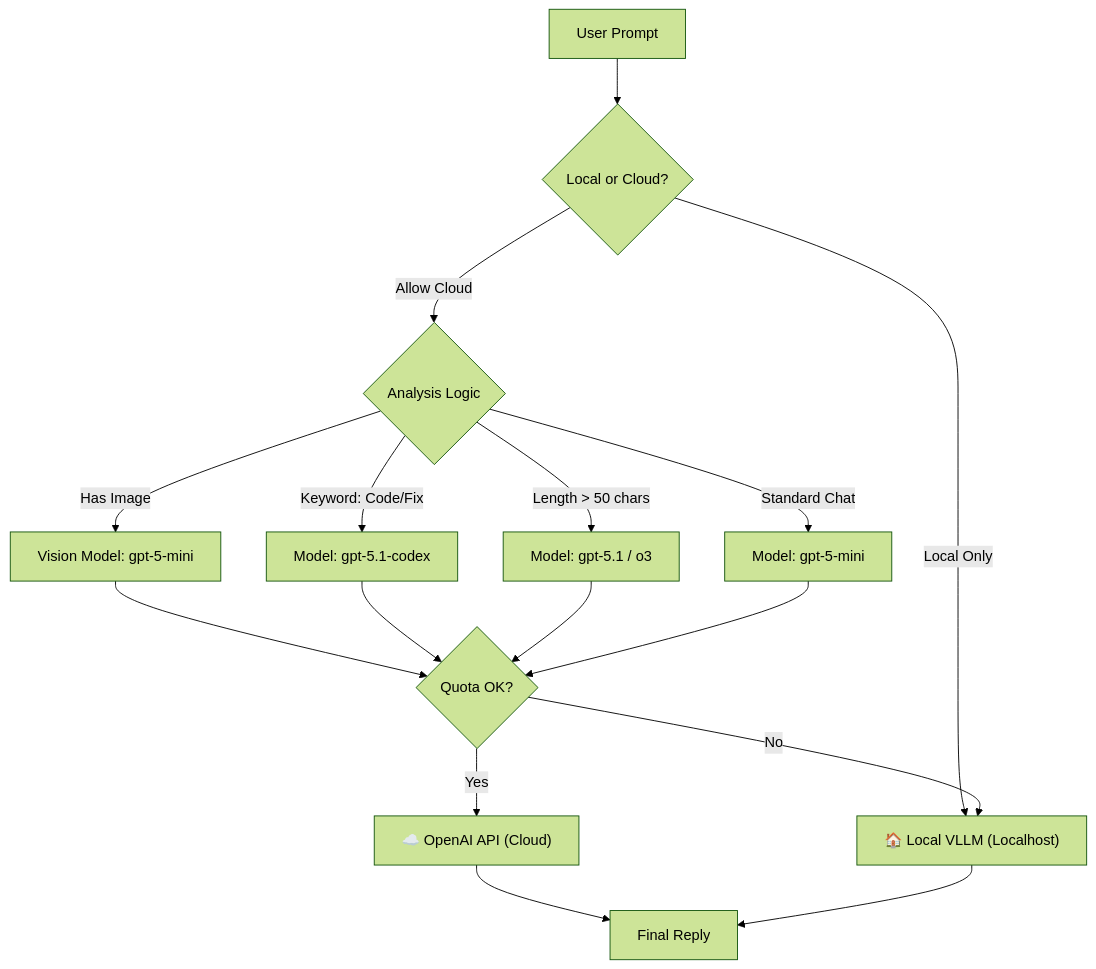
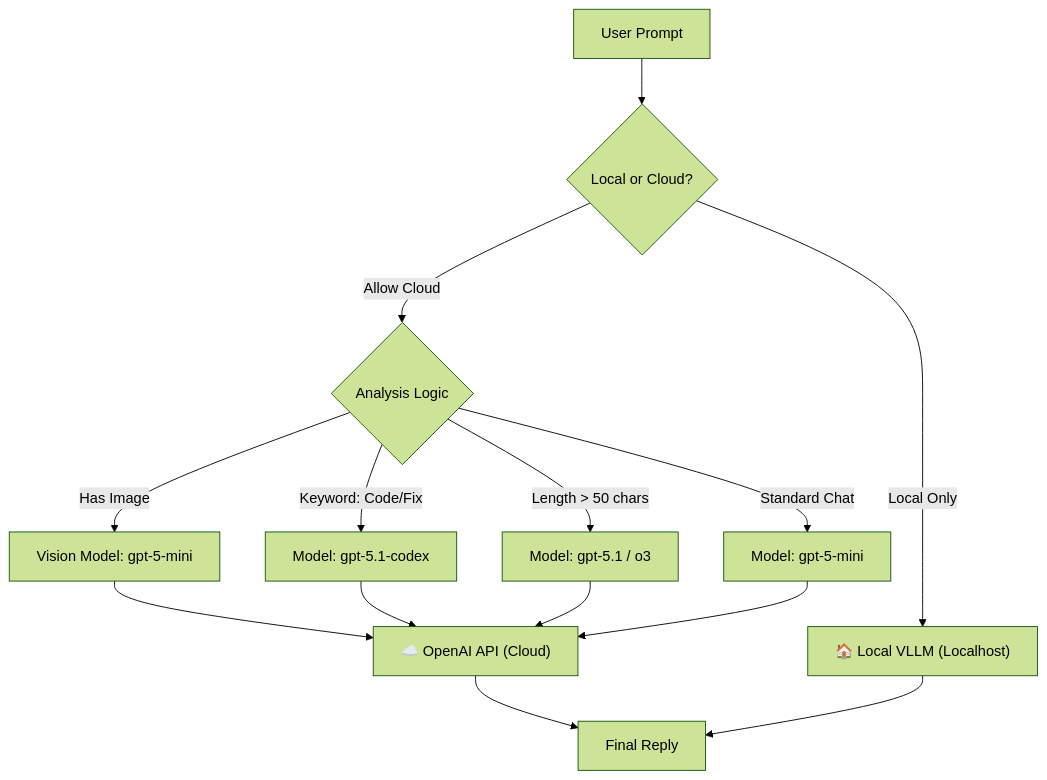
One commit to YoneRai12/ORA changed the diagram in README.md. Above: the diagram before and after it, drawn with Mermaid (forest theme). The commit also changed 1 other file, not shown here.

Commit message:
Docs: Finalize Routing Diagram - Remove Check, API Left / Local Right

````diff
--- a/README.md
+++ b/README.md
@@ -60,27 +60,24 @@
 ```mermaid
 graph TD
     UserInput["User Prompt"] --> RouteCheck{Local or Cloud?}
 
-    %% Top Level Branch
-    RouteCheck -- "Local Only" --> LocalPath["🏠 Local VLLM (Localhost)"]
+    %% Left Branch: Cloud (API)
     RouteCheck -- "Allow Cloud" --> OmniRouter{Analysis Logic}
-
-    %% Omni-Router Dispatch
+    
     OmniRouter -- "Has Image" --> VisionModel["Vision Model: gpt-5-mini"]
     OmniRouter -- "Keyword: Code/Fix" --> CodingModel["Model: gpt-5.1-codex"]
     OmniRouter -- "Length > 50 chars" --> HighModel["Model: gpt-5.1 / o3"]
     OmniRouter -- "Standard Chat" --> StdModel["Model: gpt-5-mini"]
     
-    %% Cost Check
-    VisionModel --> QuotaCheck{Quota OK?}
-    CodingModel --> QuotaCheck
-    HighModel --> QuotaCheck
-    StdModel --> QuotaCheck
-    
-    QuotaCheck -- "Yes" --> CloudAPI["☁️ OpenAI API (Cloud)"]
-    QuotaCheck -- "No" --> LocalPath
+    VisionModel --> CloudAPI["☁️ OpenAI API (Cloud)"]
+    CodingModel --> CloudAPI
+    HighModel --> CloudAPI
+    StdModel --> CloudAPI
+
+    %% Right Branch: Local
+    RouteCheck -- "Local Only" --> LocalPath["🏠 Local VLLM (Localhost)"]
 
     %% Final Output
     CloudAPI --> Response["Final Reply"]
     LocalPath --> Response
 ```
````
